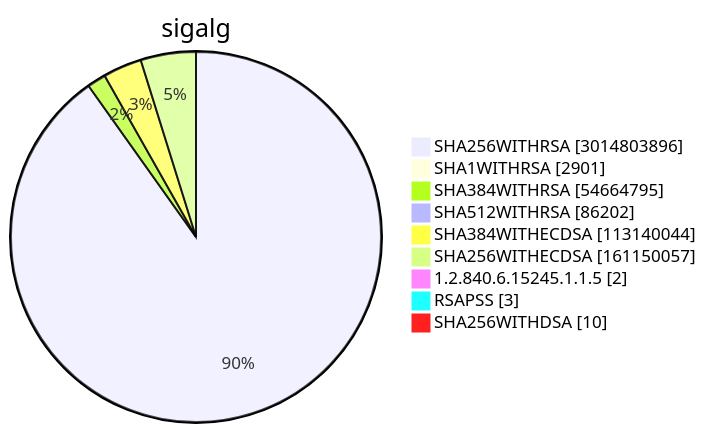
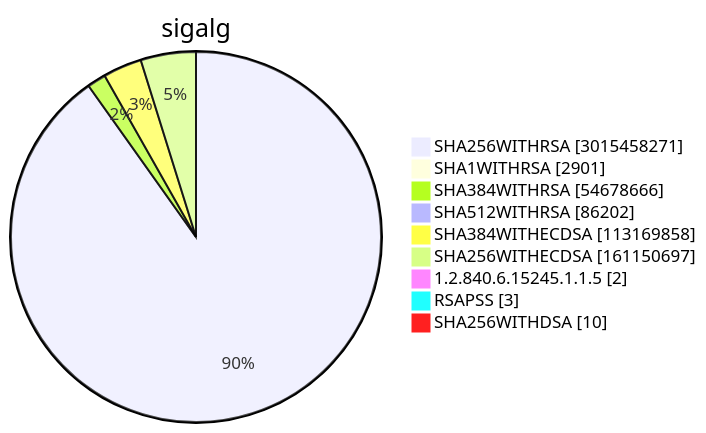
Diagram 15 of 15 in TOTAL/README.md (christiankrug/ctmonitor_visualization), drawn with Mermaid before and after one commit. The commit also changed other lines of this file, not shown here.

````diff
--- a/TOTAL/README.md
+++ b/TOTAL/README.md
@@ -6208,13 +6208,13 @@
 ```mermaid
 pie showData
 title sigalg
-"SHA256WITHRSA" :3014803896
+"SHA256WITHRSA" :3015458271
 "SHA1WITHRSA" :2901
-"SHA384WITHRSA" :54664795
+"SHA384WITHRSA" :54678666
 "SHA512WITHRSA" :86202
-"SHA384WITHECDSA" :113140044
-"SHA256WITHECDSA" :161150057
+"SHA384WITHECDSA" :113169858
+"SHA256WITHECDSA" :161150697
 "1.2.840.6.15245.1.1.5" :2
 "RSAPSS" :3
 "SHA256WITHDSA" :10
 ```
````
